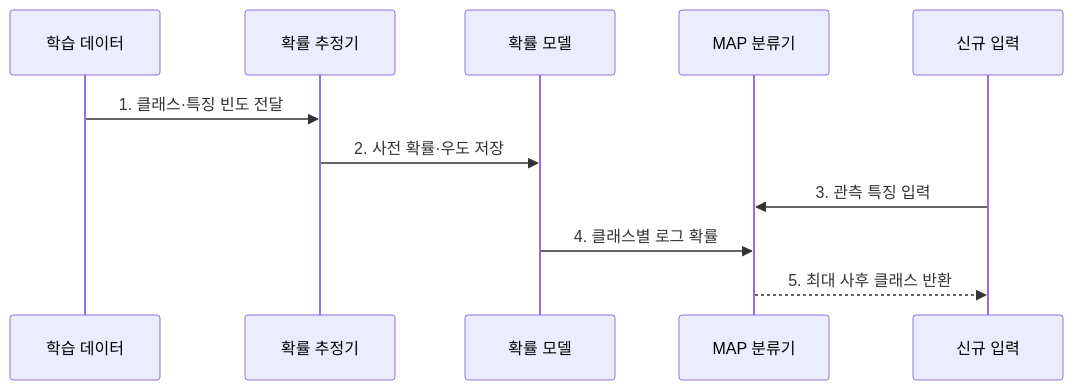
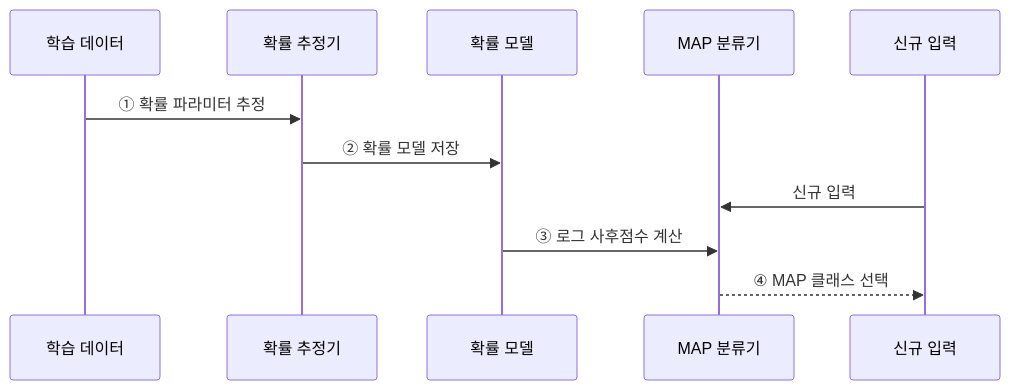
One commit to agnusdei1207/knowledge-base changed the third of 3 diagrams in src/content/docs/notes/01-basic-theory/051_naive_bayes.md. Above: the diagram before and after it, drawn with Mermaid. The commit also changed other lines of this file and 22 other files, not shown here.

````diff
--- a/src/content/docs/notes/01-basic-theory/051_naive_bayes.md
+++ b/src/content/docs/notes/01-basic-theory/051_naive_bayes.md
@@ -67,13 +84,13 @@
 ```mermaid
 sequenceDiagram
     participant D as 학습 데이터
     participant E as 확률 추정기
     participant M as 확률 모델
     participant C as MAP 분류기
     participant X as 신규 입력
-    D->>E: 1. 클래스·특징 빈도 전달
-    E->>M: 2. 사전 확률·우도 저장
-    X->>C: 3. 관측 특징 입력
-    M->>C: 4. 클래스별 로그 확률
-    C-->>X: 5. 최대 사후 클래스 반환
+    D->>E: ① 확률 파라미터 추정
+    E->>M: ② 확률 모델 저장
+    X->>C: 신규 입력
+    M->>C: ③ 로그 사후점수 계산
+    C-->>X: ④ MAP 클래스 선택
 ```
````
